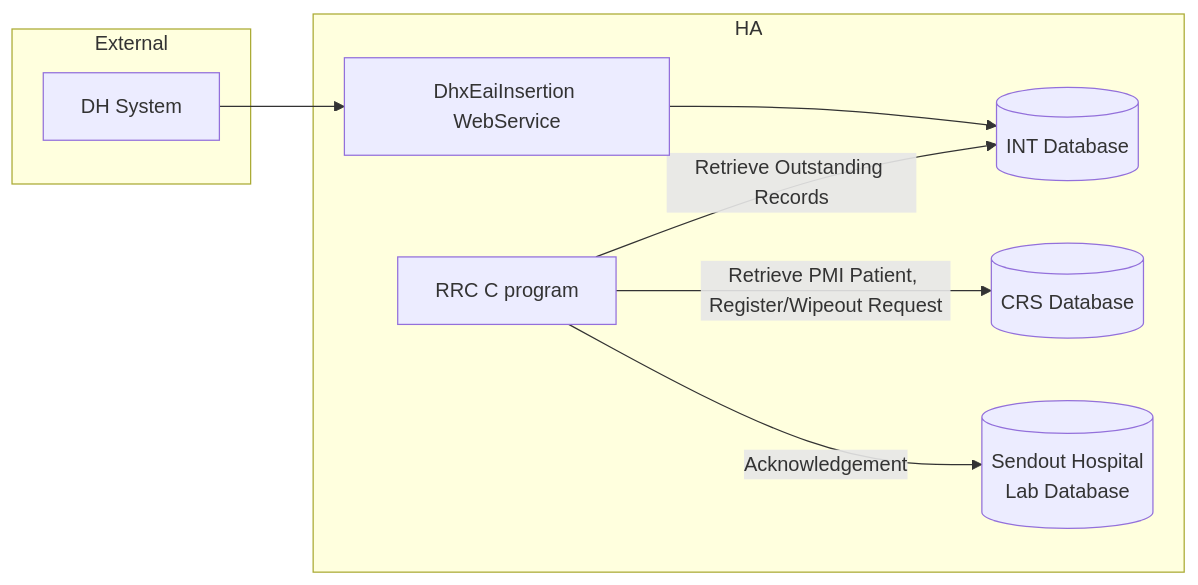
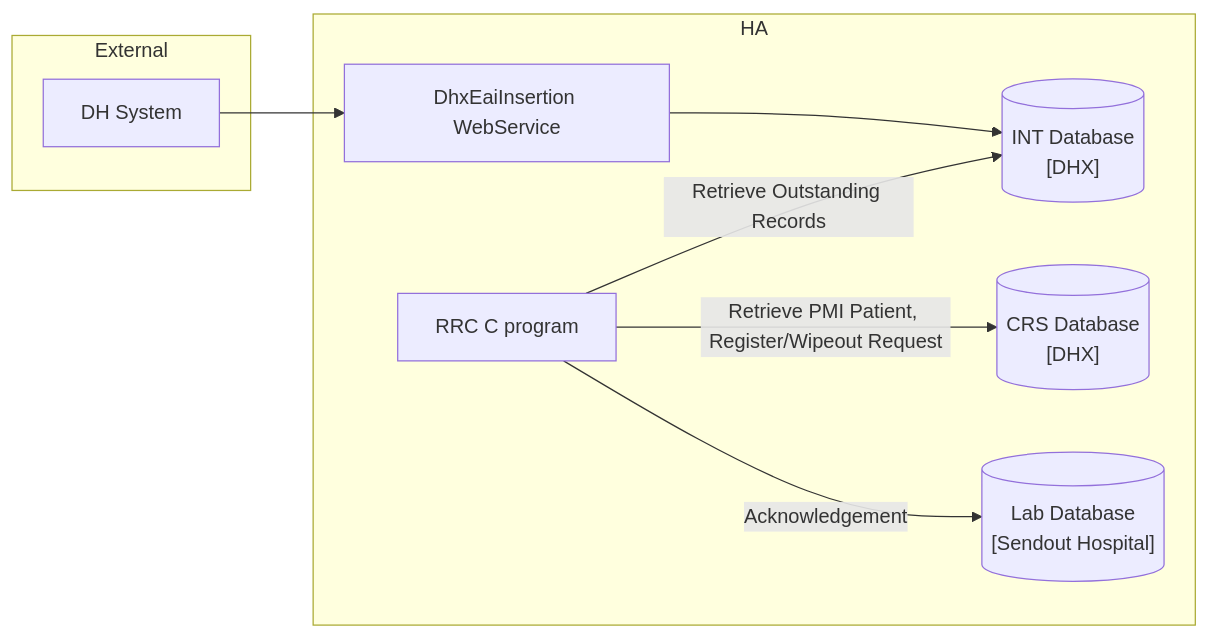
Before and after one commit to DragonChong/HA-Notes: the second of 4 diagrams in LIS/JIRA/Develop cloud application `lis-dhx-rrc-svc` to replace the legacy RRC worker and support dynamic Sybase-PostgreSQL database connectivity during DB migration.md, drawn with Mermaid.

Commit message:
vault backup: 2026-07-20 15:41:38

````diff
--- a/LIS/JIRA/Develop cloud application `lis-dhx-rrc-svc` to replace the legacy RRC worker and support dynamic Sybase-PostgreSQL database connectivity during DB migration.md
+++ b/LIS/JIRA/Develop cloud application `lis-dhx-rrc-svc` to replace the legacy RRC worker and support dynamic Sybase-PostgreSQL database connectivity during DB migration.md
@@ -139,17 +139,17 @@
 ```mermaid
 flowchart LR
     subgraph External["External"]
         DH["DH System"]
     end
     subgraph HA["HA"]
         WS["DhxEaiInsertion WebService"]
-        INT_DB[("INT Database")]
+        INT_DB[("INT Database<br>[DHX]")]
         C_RRC["RRC C program"]
-        CRS_DB[("CRS Database")]
-        HOSP_DB[("Sendout Hospital<br>Lab Database")]
+        CRS_DB[("CRS Database<br>[DHX]")]
+        HOSP_DB[("Lab Database<br>[Sendout Hospital]")]
     end
     DH --> WS --> INT_DB
     C_RRC -- Retrieve Outstanding Records --> INT_DB
     C_RRC -- Retrieve PMI Patient, Register/Wipeout Request--> CRS_DB
     C_RRC -- Acknowledgement--> HOSP_DB
 ```
````
